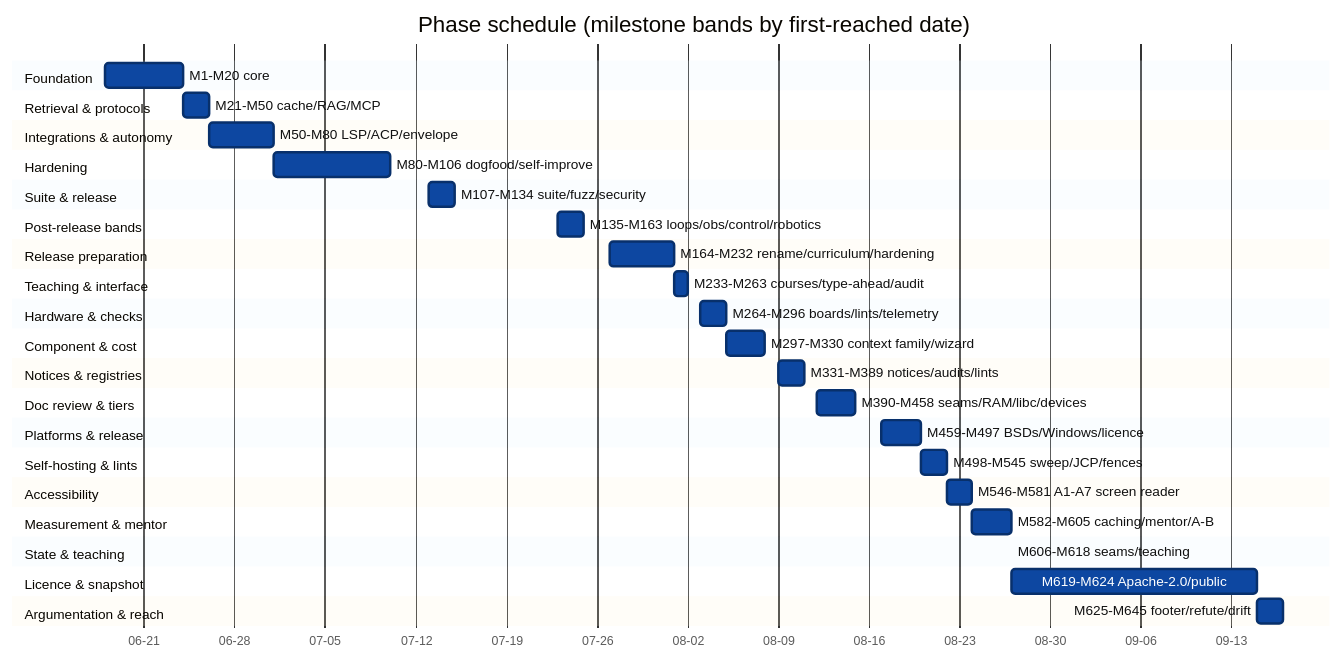
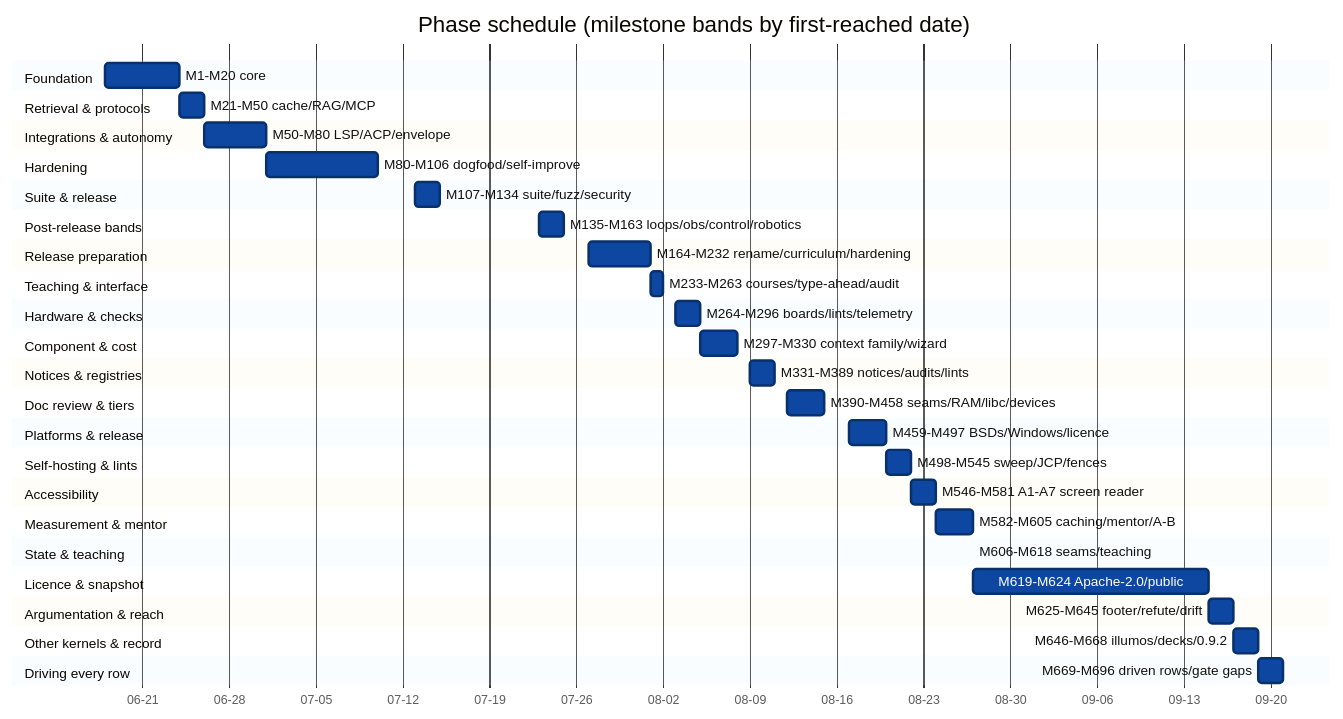
Before and after one commit to alexanderlarsdallmann/jichi: the second of 7 diagrams in docs/PROJECT_TIMELINE.md, drawn with Mermaid. The commit also changed other lines of this file and 126 other files, not shown here.

````diff
--- a/docs/PROJECT_TIMELINE.md
+++ b/docs/PROJECT_TIMELINE.md
@@ -217,45 +253,49 @@
 ```mermaid
 %%{init: {'theme':'base','themeVariables':{'doneTaskBkgColor':'#0d47a1','doneTaskBorderColor':'#08306b','taskTextColor':'#ffffff','taskTextDarkColor':'#ffffff','taskTextOutsideColor':'#111111','sectionBkgColor':'#e3f2fd','altSectionBkgColor':'#ffffff','gridColor':'#607d8b','todayLineColor':'#b71c1c','fontSize':'13px'}}}%%
 gantt
     title Phase schedule (milestone bands by first-reached date)
     dateFormat YYYY-MM-DD
     axisFormat %m-%d
     section Foundation
         M1-M20 core              :done, p0, 2026-06-18, 2026-06-24
     section Retrieval & protocols
         M21-M50 cache/RAG/MCP     :done, p1, 2026-06-24, 2026-06-26
     section Integrations & autonomy
         M50-M80 LSP/ACP/envelope  :done, p2, 2026-06-26, 2026-07-01
     section Hardening
         M80-M106 dogfood/self-improve :done, p3, 2026-07-01, 2026-07-10
     section Suite & release
         M107-M134 suite/fuzz/security :done, p4, 2026-07-13, 2026-07-15
     section Post-release bands
         M135-M163 loops/obs/control/robotics :done, p5, 2026-07-23, 2026-07-25
     section Release preparation
         M164-M232 rename/curriculum/hardening :done, p6, 2026-07-27, 2026-08-01
     section Teaching & interface
         M233-M263 courses/type-ahead/audit :done, p7, 2026-08-01, 2026-08-02
     section Hardware & checks
         M264-M296 boards/lints/telemetry :done, p8, 2026-08-03, 2026-08-05
     section Component & cost
         M297-M330 context family/wizard :done, p9, 2026-08-05, 2026-08-08
     section Notices & registries
         M331-M389 notices/audits/lints  :done, p10, 2026-08-09, 2026-08-11
     section Doc review & tiers
         M390-M458 seams/RAM/libc/devices :done, p11, 2026-08-12, 2026-08-15
     section Platforms & release
         M459-M497 BSDs/Windows/licence  :done, p12, 2026-08-17, 2026-08-20
     section Self-hosting & lints
         M498-M545 sweep/JCP/fences      :done, p13, 2026-08-20, 2026-08-22
     section Accessibility
         M546-M581 A1-A7 screen reader   :done, p14, 2026-08-22, 2026-08-24
     section Measurement & mentor
         M582-M605 caching/mentor/A-B    :done, p15, 2026-08-24, 2026-08-27
     section State & teaching
         M606-M618 seams/teaching        :done, p16, 2026-08-27, 2026-08-27
     section Licence & snapshot
         M619-M624 Apache-2.0/public     :done, p17, 2026-08-27, 2026-09-15
     section Argumentation & reach
         M625-M645 footer/refute/drift   :done, p18, 2026-09-15, 2026-09-17
+    section Other kernels & record
+        M646-M668 illumos/decks/0.9.2   :done, p19, 2026-09-17, 2026-09-19
+    section Driving every row
+        M669-M696 driven rows/gate gaps :done, p20, 2026-09-19, 2026-09-21
 ```
````
